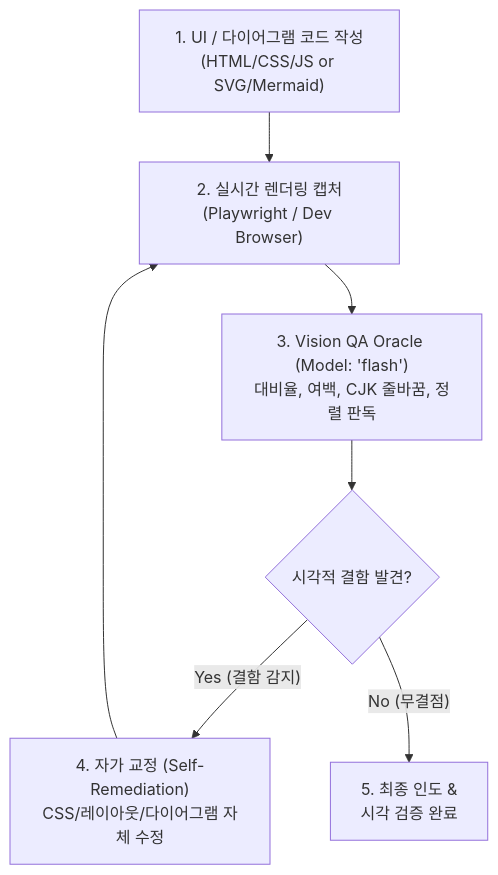
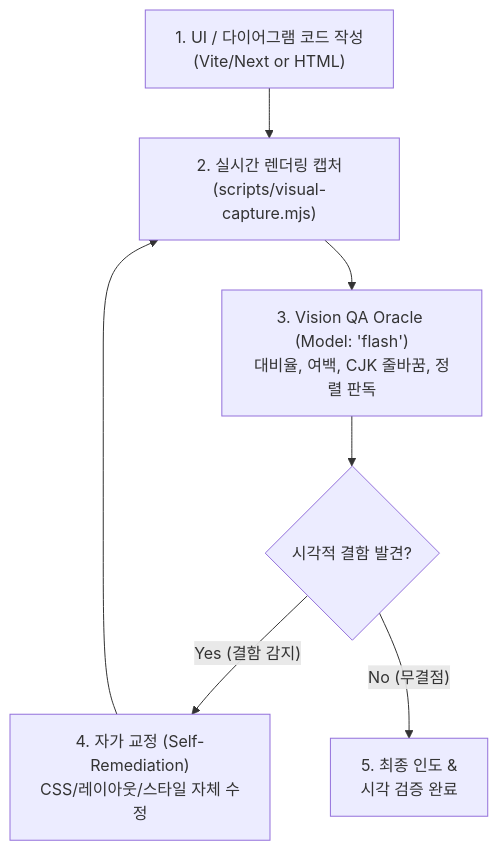
The diagram in skills/ui-loopback/SKILL.md (daeryundf2-prog/LAZYANTIGRAVITY), drawn with Mermaid before and after one commit. The commit also changed other lines of this file and 58 other files, not shown here.

````diff
--- a/skills/ui-loopback/SKILL.md
+++ b/skills/ui-loopback/SKILL.md
@@ -10,9 +10,9 @@
 ```mermaid
 flowchart TD
-    Code["1. UI / 다이어그램 코드 작성<br/>(HTML/CSS/JS or SVG/Mermaid)"] --> Render["2. 실시간 렌더링 캡처<br/>(Playwright / Dev Browser)"]
+    Code["1. UI / 다이어그램 코드 작성<br/>(Vite/Next or HTML)"] --> Render["2. 실시간 렌더링 캡처<br/>(scripts/visual-capture.mjs)"]
     Render --> Vision["3. Vision QA Oracle (Model: 'flash')<br/>대비율, 여백, CJK 줄바꿈, 정렬 판독"]
     Vision --> Check{"시각적 결함 발견?"}
-    Check -- "Yes (결함 감지)" --> Fix["4. 자가 교정 (Self-Remediation)<br/>CSS/레이아웃/다이어그램 자체 수정"]
+    Check -- "Yes (결함 감지)" --> Fix["4. 자가 교정 (Self-Remediation)<br/>CSS/레이아웃/스타일 자체 수정"]
     Fix --> Render
     Check -- "No (무결점)" --> Done["5. 최종 인도 &<br/>시각 검증 완료"]
 ```
````
